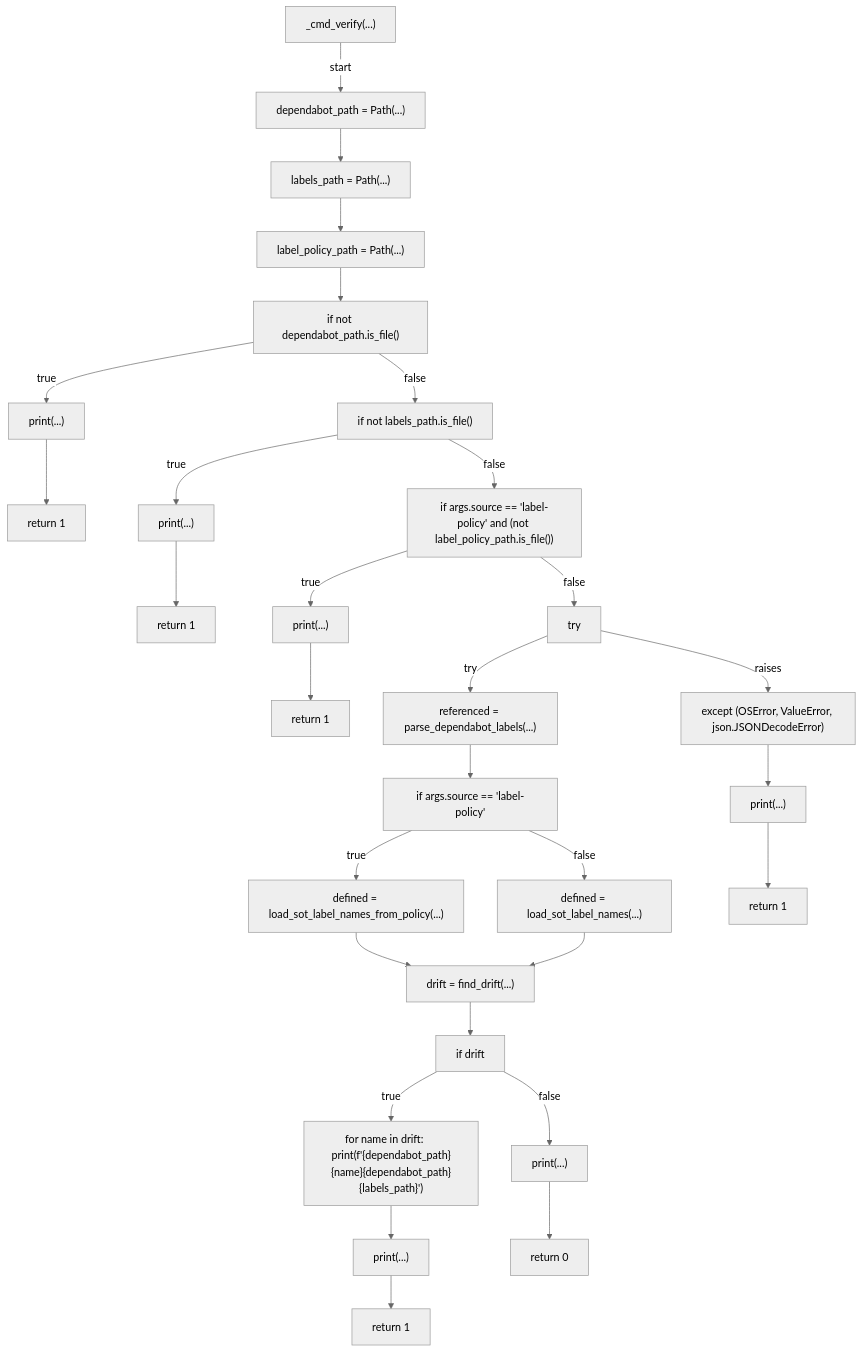
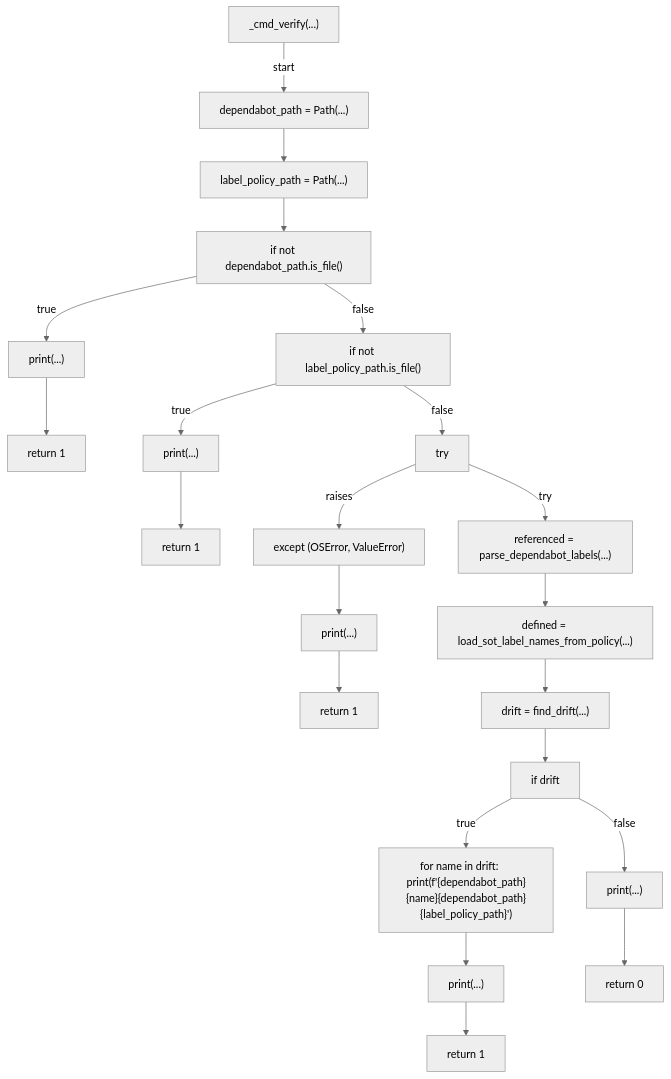
The fifth of 6 diagrams in docs/generated/scripts/ast/dependabot_labels.md (tvna/claude-md), drawn with Mermaid (neutral theme) before and after one commit. The commit also changed other lines of this file and 7 other files, not shown here.

First line of the commit message:
docs(generated): regenerate decision tree and workflow diagrams (#2503)

````diff
--- a/docs/generated/scripts/ast/dependabot_labels.md
+++ b/docs/generated/scripts/ast/dependabot_labels.md
@@ -98,59 +57,46 @@
 ```mermaid
 flowchart TD
     N001["_cmd_verify(...)"]
     N002["dependabot_path = Path(...)"]
-    N003["labels_path = Path(...)"]
-    N004["label_policy_path = Path(...)"]
-    N005["if not dependabot_path.is_file()"]
-    N006["print(...)"]
-    N007["return 1"]
-    N008["if not labels_path.is_file()"]
-    N009["print(...)"]
-    N010["return 1"]
-    N011["if args.source == 'label-policy' and (not label_policy_path.is_file())"]
-    N012["print(...)"]
-    N013["return 1"]
-    N014["try"]
-    N015["referenced = parse_dependabot_labels(...)"]
-    N016["if args.source == 'label-policy'"]
-    N017["defined = load_sot_label_names_from_policy(...)"]
-    N018["defined = load_sot_label_names(...)"]
-    N019["except (OSError, ValueError, json.JSONDecodeError)"]
-    N020["print(...)"]
-    N021["return 1"]
-    N022["drift = find_drift(...)"]
-    N023["if drift"]
-    N024["for name in drift:     print(f'<str>{dependabot_path}<str>{name}<str>{dependabot_path}<str>{labels_path}<str>')"]
-    N025["print(...)"]
-    N026["return 1"]
-    N027["print(...)"]
-    N028["return 0"]
+    N003["label_policy_path = Path(...)"]
+    N004["if not dependabot_path.is_file()"]
+    N005["print(...)"]
+    N006["return 1"]
+    N007["if not label_policy_path.is_file()"]
+    N008["print(...)"]
+    N009["return 1"]
+    N010["try"]
+    N011["referenced = parse_dependabot_labels(...)"]
+    N012["defined = load_sot_label_names_from_policy(...)"]
+    N013["except (OSError, ValueError)"]
+    N014["print(...)"]
+    N015["return 1"]
+    N016["drift = find_drift(...)"]
+    N017["if drift"]
+    N018["for name in drift:     print(f'<str>{dependabot_path}<str>{name}<str>{dependabot_path}<str>{label_policy_path}<str>')"]
+    N019["print(...)"]
+    N020["return 1"]
+    N021["print(...)"]
+    N022["return 0"]
     N001 -->|"start"| N002
     N002 --> N003
     N003 --> N004
-    N004 --> N005
-    N005 -->|"true"| N006
-    N006 --> N007
-    N005 -->|"false"| N008
-    N008 -->|"true"| N009
-    N009 --> N010
-    N008 -->|"false"| N011
-    N011 -->|"true"| N012
-    N012 --> N013
-    N011 -->|"false"| N014
-    N014 -->|"try"| N015
-    N015 --> N016
-    N016 -->|"true"| N017
-    N016 -->|"false"| N018
-    N014 -->|"raises"| N019
+    N004 -->|"true"| N005
+    N005 --> N006
+    N004 -->|"false"| N007
+    N007 -->|"true"| N008
+    N008 --> N009
+    N007 -->|"false"| N010
+    N010 -->|"try"| N011
+    N011 --> N012
+    N010 -->|"raises"| N013
+    N013 --> N014
+    N014 --> N015
+    N012 --> N016
+    N016 --> N017
+    N017 -->|"true"| N018
+    N018 --> N019
     N019 --> N020
-    N020 --> N021
-    N017 --> N022
-    N018 --> N022
-    N022 --> N023
-    N023 -->|"true"| N024
-    N024 --> N025
-    N025 --> N026
-    N023 -->|"false"| N027
-    N027 --> N028
+    N017 -->|"false"| N021
+    N021 --> N022
 ```
````
